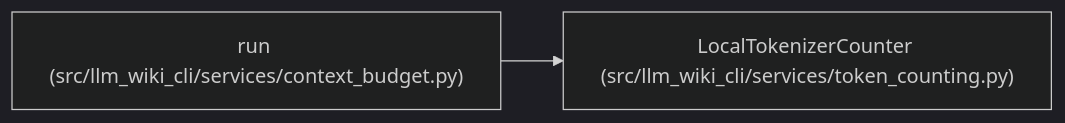
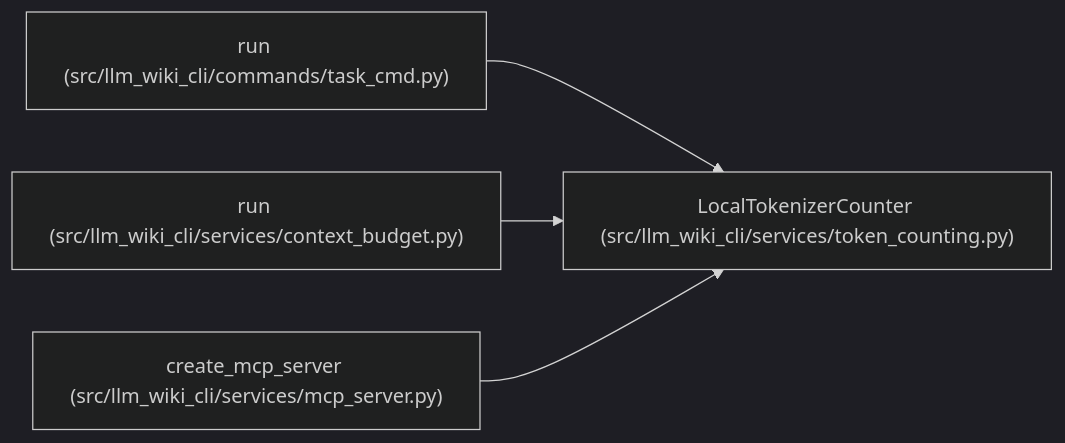
The diagram in docs/llm_wiki/entities/LocalTokenizerCounter.md (Denissvgn/python-wiki-llm), drawn with Mermaid (dark theme) before and after one commit. The commit also changed other lines of this file and 865 other files, not shown here.

````diff
--- a/docs/llm_wiki/entities/LocalTokenizerCounter.md
+++ b/docs/llm_wiki/entities/LocalTokenizerCounter.md
@@ -26,8 +26,14 @@
 ```mermaid
 flowchart LR
     n0["LocalTokenizerCounter (src/llm_wiki_cli/services/token_counting.py)"]
-    n1["run (src/llm_wiki_cli/services/context_budget.py)"]
+    n1["run (src/llm_wiki_cli/commands/task_cmd.py)"]
+    n2["run (src/llm_wiki_cli/services/context_budget.py)"]
+    n3["create_mcp_server (src/llm_wiki_cli/services/mcp_server.py)"]
     n1 --> n0
+    n2 --> n0
+    n3 --> n0
     click n0 "../modules/token_counting.md"
-    click n1 "../modules/context_budget.md"
+    click n1 "../modules/task_cmd.md"
+    click n2 "../modules/context_budget.md"
+    click n3 "../modules/mcp_server.md"
 ```
````
